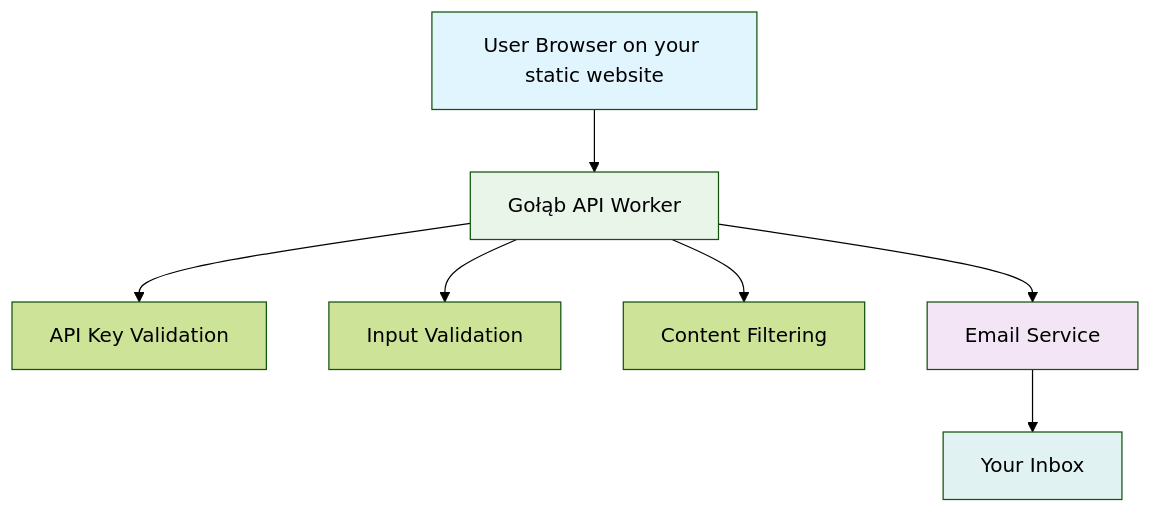
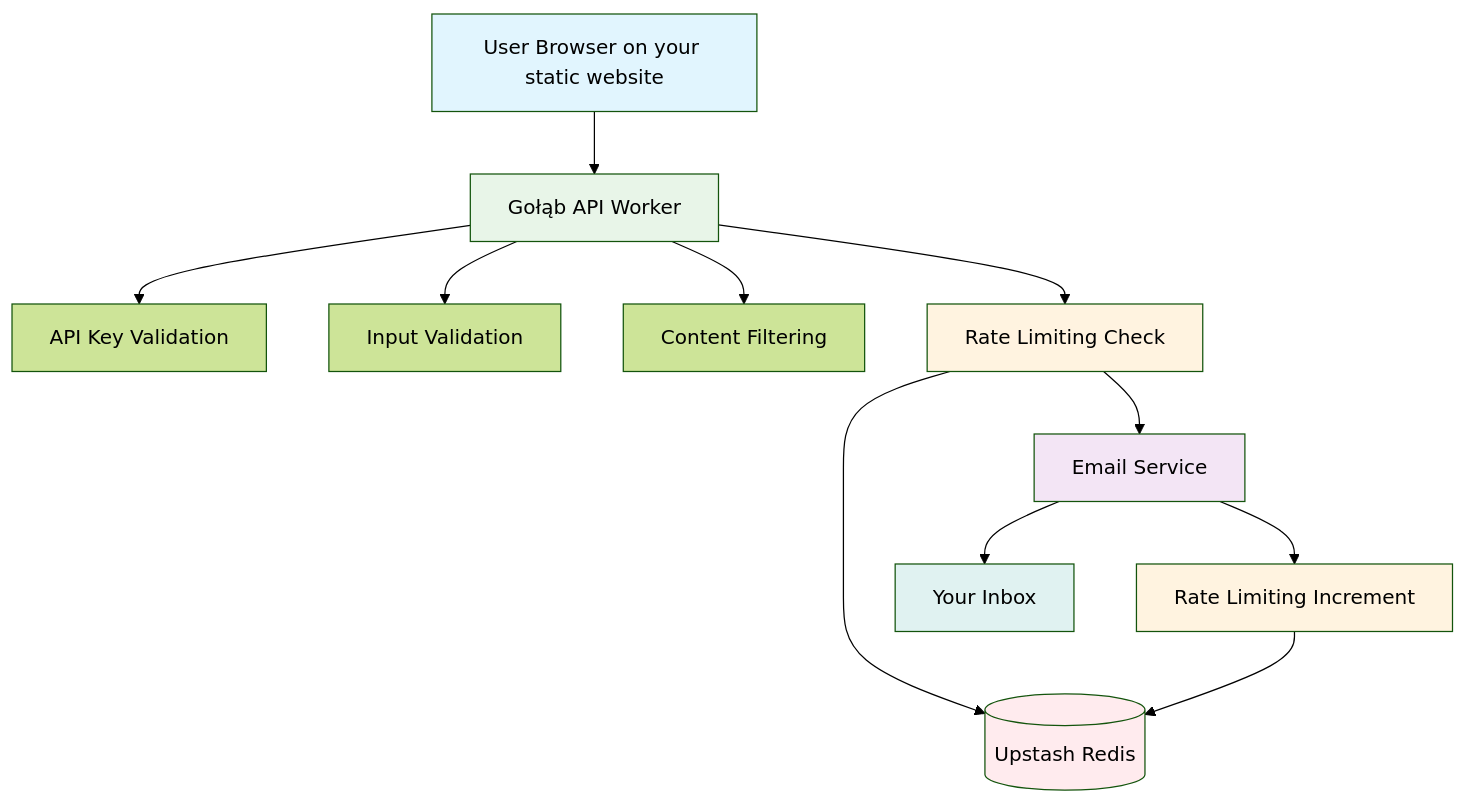
The first of 3 diagrams in README.md (Hukasx0/golab), drawn with Mermaid (forest theme) before and after one commit. The commit also changed other lines of this file and 8 other files, not shown here.

Commit message:
feat: add comprehensive rate limiting with Upstash Redis

````diff
--- a/README.md
+++ b/README.md
@@ -36,14 +37,22 @@
 ```mermaid
 graph TB
     A[User Browser on your static website] --> B[Gołąb API Worker]
     B --> C[API Key Validation]
     B --> D[Input Validation]
     B --> E[Content Filtering]
-    B --> F[Email Service]
-    F --> G[Your Inbox]
+    B --> F[Rate Limiting Check]
+    F --> G[Email Service]
+    G --> H[Rate Limiting Increment]
+    G --> I[Your Inbox]
+    
+    F --> J[(Upstash Redis)]
+    H --> J
     
     style A fill:#e1f5fe
     style B fill:#e8f5e8
-    style F fill:#f3e5f5
-    style G fill:#e0f2f1
+    style F fill:#fff3e0
+    style G fill:#f3e5f5
+    style H fill:#fff3e0
+    style I fill:#e0f2f1
+    style J fill:#ffebee
 ```
````
